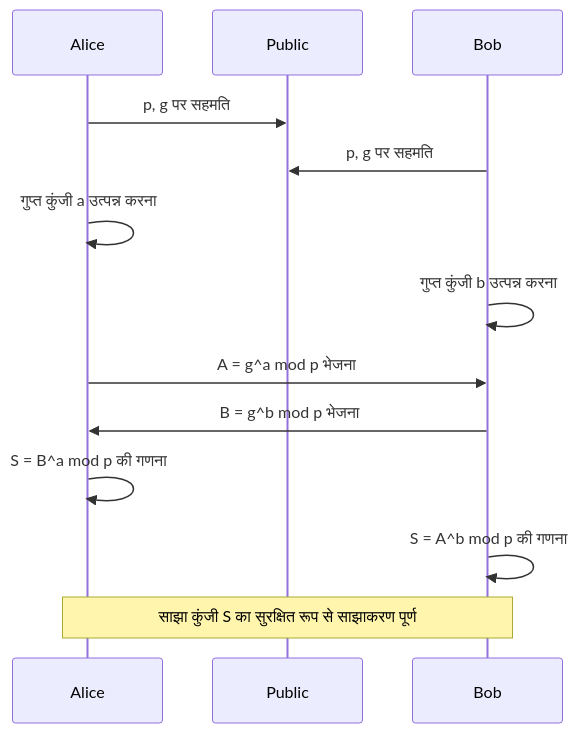
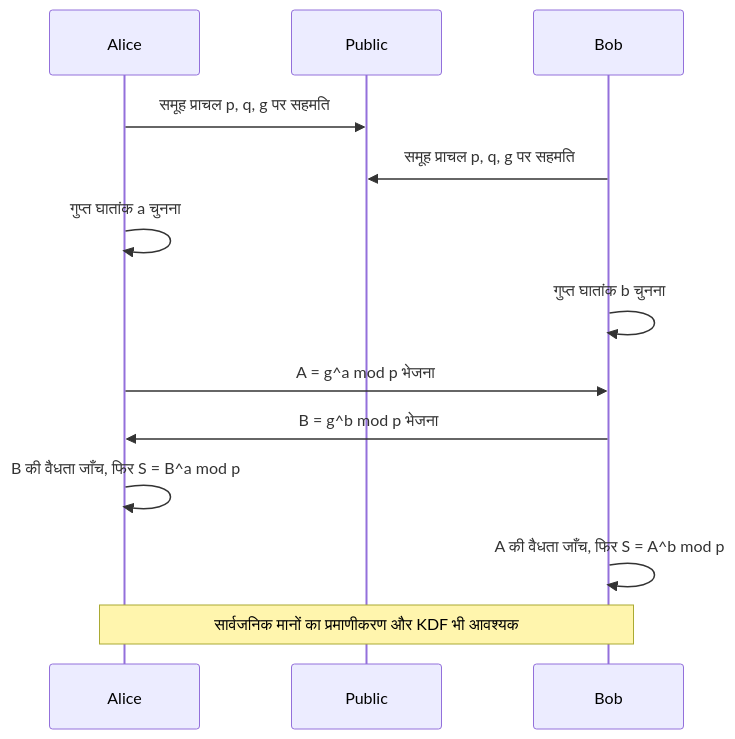
Before and after one commit to kenjinote/blog: the first of 2 diagrams in content/post/public-key-cryptography-rsa-ecc/index.hi.md, drawn with Mermaid. The commit also changed other lines of this file and 5 other files, not shown here.

````diff
--- a/content/post/public-key-cryptography-rsa-ecc/index.hi.md
+++ b/content/post/public-key-cryptography-rsa-ecc/index.hi.md
@@ -38,15 +50,15 @@
 ```mermaid
 sequenceDiagram
     participant Alice
     participant Public
     participant Bob
-    Alice->>Public: p, g पर सहमति
-    Bob->>Public: p, g पर सहमति
-    Alice->>Alice: गुप्त कुंजी a उत्पन्न करना
-    Bob->>Bob: गुप्त कुंजी b उत्पन्न करना
+    Alice->>Public: समूह प्राचल p, q, g पर सहमति
+    Bob->>Public: समूह प्राचल p, q, g पर सहमति
+    Alice->>Alice: गुप्त घातांक a चुनना
+    Bob->>Bob: गुप्त घातांक b चुनना
     Alice->>Bob: A = g^a mod p भेजना
     Bob->>Alice: B = g^b mod p भेजना
-    Alice->>Alice: S = B^a mod p की गणना
-    Bob->>Bob: S = A^b mod p की गणना
-    Note over Alice,Bob: साझा कुंजी S का सुरक्षित रूप से साझाकरण पूर्ण
+    Alice->>Alice: B की वैधता जाँच, फिर S = B^a mod p
+    Bob->>Bob: A की वैधता जाँच, फिर S = A^b mod p
+    Note over Alice,Bob: सार्वजनिक मानों का प्रमाणीकरण और KDF भी आवश्यक
 ```
````
